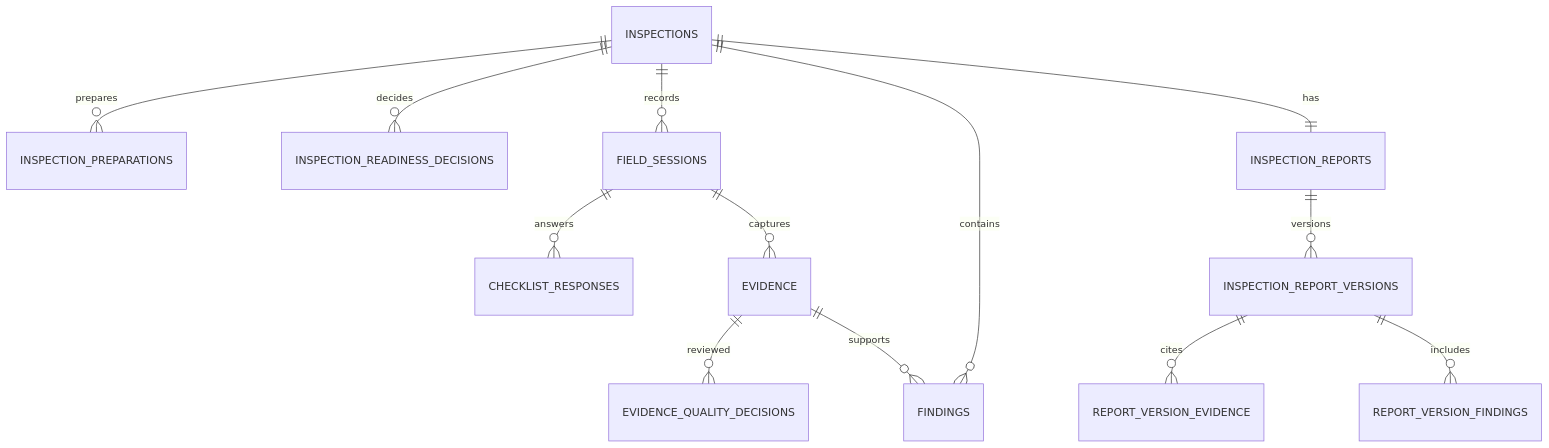
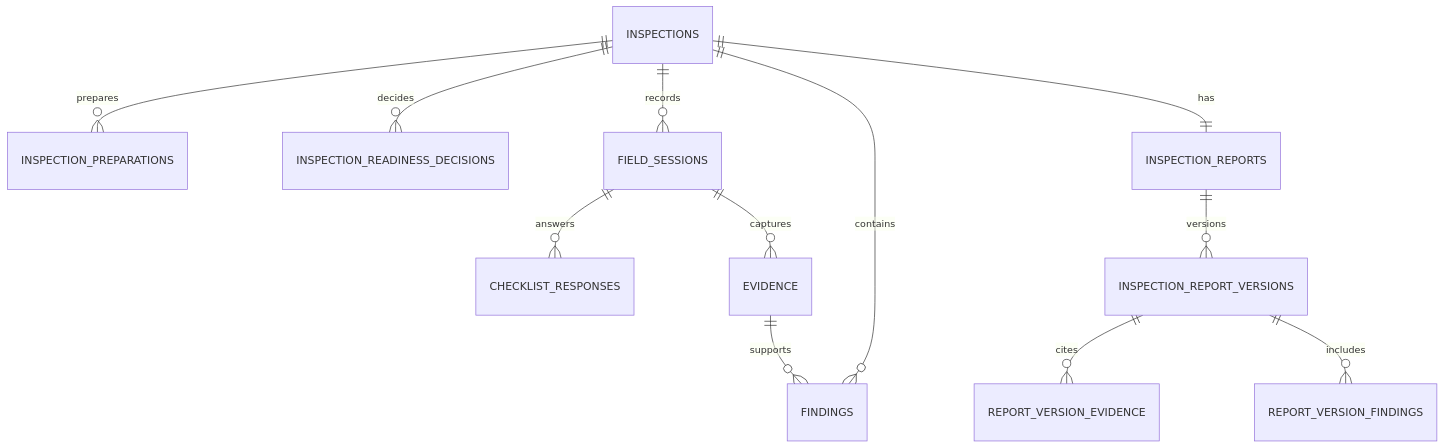
The second of 3 diagrams in project-reference/database-design.md (tungbach12/SmartDroneInspection-Docs), drawn with Mermaid before and after one commit. The commit also changed other lines of this file and 87 other files, not shown here.

````diff
--- a/project-reference/database-design.md
+++ b/project-reference/database-design.md
@@ -135,15 +135,14 @@
 ```mermaid
 erDiagram
     INSPECTIONS ||--o{ INSPECTION_PREPARATIONS : prepares
     INSPECTIONS ||--o{ INSPECTION_READINESS_DECISIONS : decides
     INSPECTIONS ||--o{ FIELD_SESSIONS : records
     FIELD_SESSIONS ||--o{ CHECKLIST_RESPONSES : answers
     FIELD_SESSIONS ||--o{ EVIDENCE : captures
-    EVIDENCE ||--o{ EVIDENCE_QUALITY_DECISIONS : reviewed
     EVIDENCE ||--o{ FINDINGS : supports
     INSPECTIONS ||--o{ FINDINGS : contains
     INSPECTIONS ||--|| INSPECTION_REPORTS : has
     INSPECTION_REPORTS ||--o{ INSPECTION_REPORT_VERSIONS : versions
     INSPECTION_REPORT_VERSIONS ||--o{ REPORT_VERSION_EVIDENCE : cites
     INSPECTION_REPORT_VERSIONS ||--o{ REPORT_VERSION_FINDINGS : includes
 ```
````
